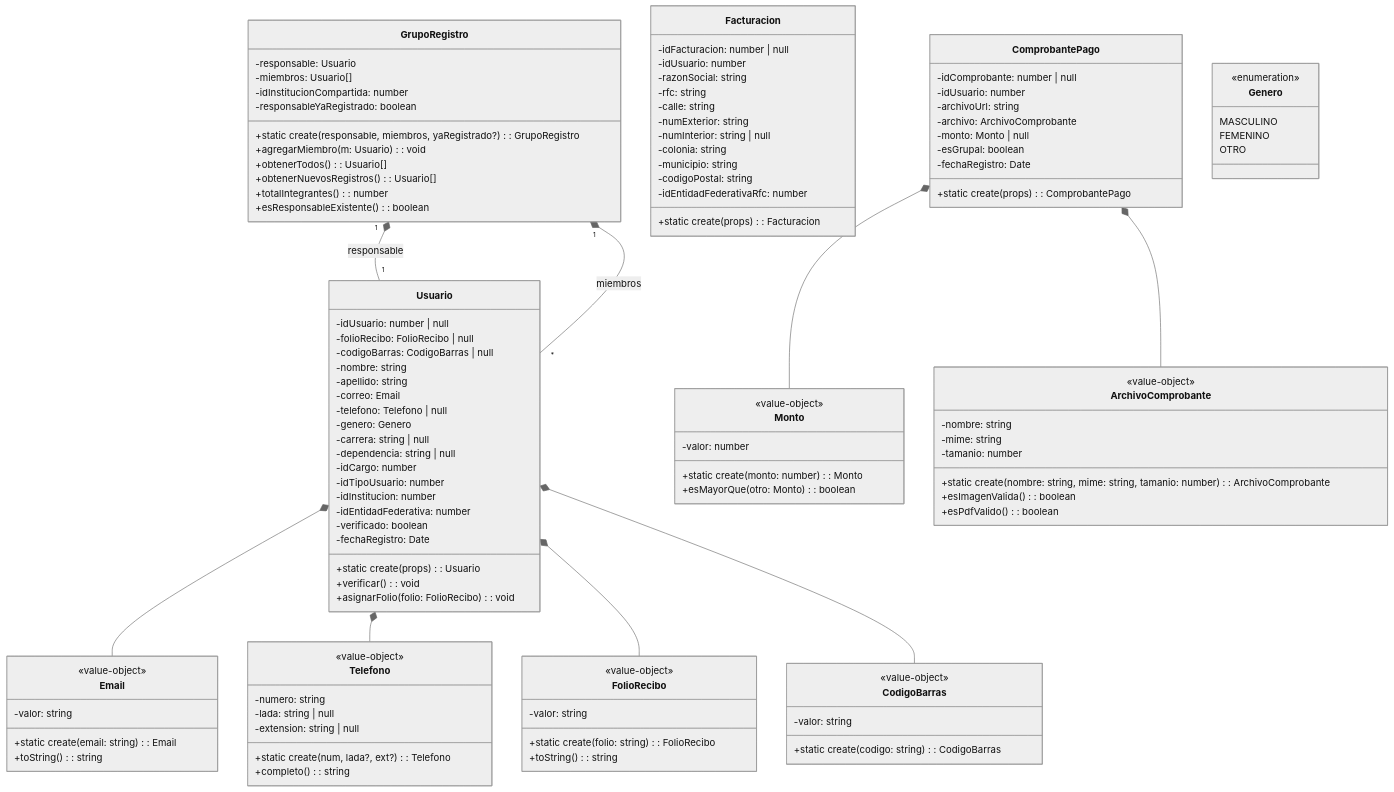
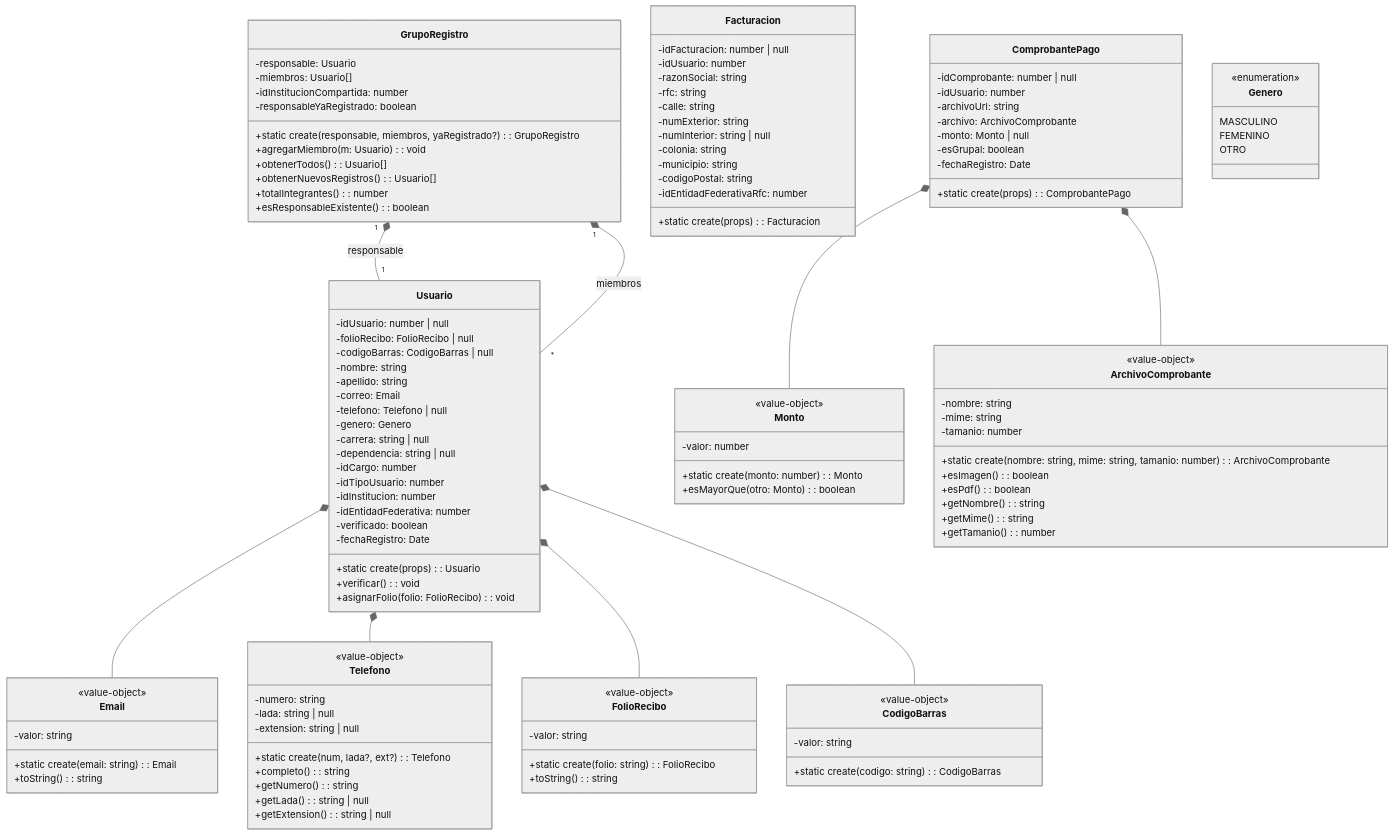
One commit to iKinoo/aniei-registro-2026 changed the second of 14 diagrams in docs/DESIGN.md. Above: the diagram before and after it, drawn with Mermaid (neutral theme). The commit also changed other lines of this file and 17 other files, not shown here.

```diff
--- a/docs/DESIGN.md
+++ b/docs/DESIGN.md
@@ -387,8 +405,11 @@
         -mime: string
         -tamanio: number
         +static create(nombre: string, mime: string, tamanio: number): ArchivoComprobante
-        +esImagenValida(): boolean
-        +esPdfValido(): boolean
+        +esImagen(): boolean
+        +esPdf(): boolean
+        +getNombre(): string
+        +getMime(): string
+        +getTamanio(): number
     }
 
     class Telefono {
@@ -398,6 +419,9 @@
         -extension: string | null
         +static create(num, lada?, ext?): Telefono
         +completo(): string
+        +getNumero(): string
+        +getLada(): string | null
+        +getExtension(): string | null
     }
 
     class Genero {
```
